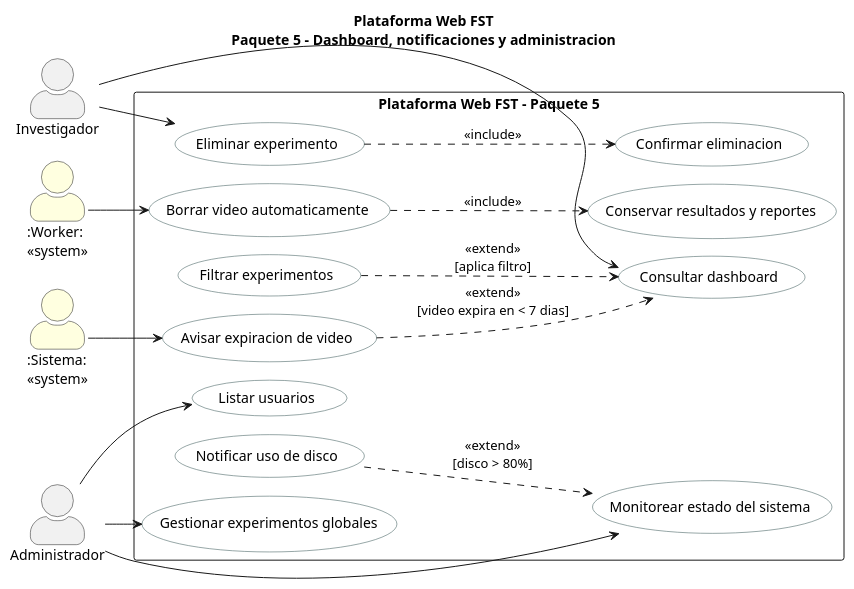
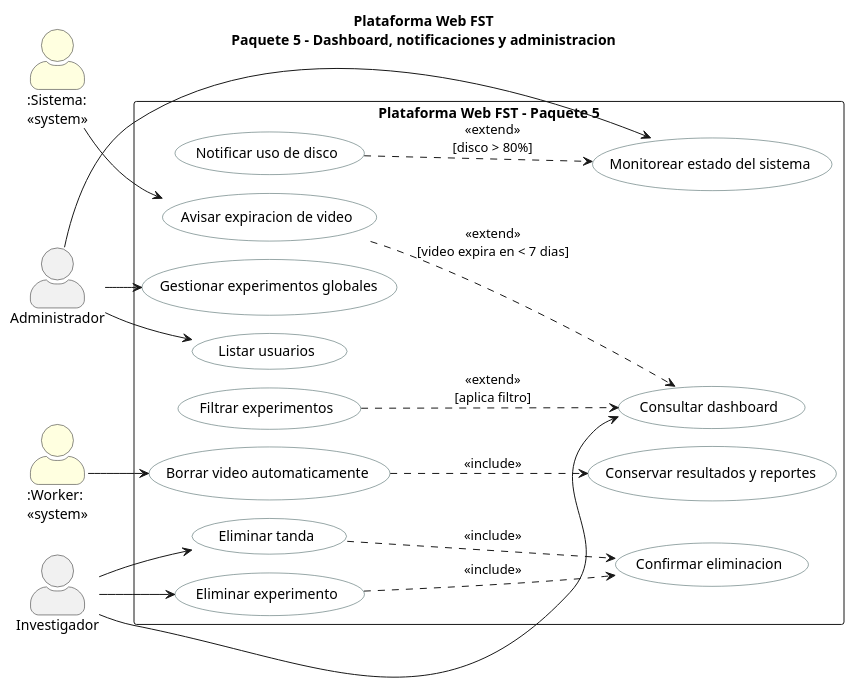
Diagram 21 of 40 in INSTRUCCIONES-WEB.md (ErickJester/fst-ai-system-latex), drawn with PlantUML before and after one commit. The commit also changed other lines of this file and 7 other files, not shown here.

First line of the commit message:
Registrar D-115 y aplicarla: eliminar una tanda completa sin borrar el experimento

````diff
--- a/INSTRUCCIONES-WEB.md
+++ b/INSTRUCCIONES-WEB.md
@@ -2291,42 +2307,45 @@
 ```plantuml
 @startuml cu_paquete5
 !pragma layout smetana
 title Plataforma Web FST\nPaquete 5 - Dashboard, notificaciones y administracion
 left to right direction
 skinparam packageStyle rectangle
 skinparam actorStyle awesome
 skinparam usecase {
   BackgroundColor White
   BorderColor DarkSlateGray
 }
 actor "Investigador" as INV
 actor "Administrador" as ADMIN
 actor ":Worker:\n<<system>>" as WRK #LightYellow
 actor ":Sistema:\n<<system>>" as SYS #LightYellow
 rectangle "Plataforma Web FST - Paquete 5" {
   usecase "Consultar dashboard" as UC51
   usecase "Filtrar experimentos" as UC51a
   usecase "Avisar expiracion de video" as UC52
   usecase "Eliminar experimento" as UC53
   usecase "Confirmar eliminacion" as UC53a
+  usecase "Eliminar tanda" as UC59
   usecase "Borrar video automaticamente" as UC54
   usecase "Conservar resultados y reportes" as UC55
   usecase "Listar usuarios" as UC56
   usecase "Monitorear estado del sistema" as UC57
   usecase "Notificar uso de disco" as UC57a
   usecase "Gestionar experimentos globales" as UC58
 }
 INV --> UC51
 INV --> UC53
+INV --> UC59
 ADMIN --> UC56
 ADMIN --> UC57
 ADMIN --> UC58
 WRK --> UC54
 SYS --> UC52
 UC52 ..> UC51 : <<extend>>\n[video expira en < 7 dias]
 UC51a ..> UC51 : <<extend>>\n[aplica filtro]
 UC57a ..> UC57 : <<extend>>\n[disco > 80%]
 UC53 ..> UC53a : <<include>>
+UC59 ..> UC53a : <<include>>
 UC54 ..> UC55 : <<include>>
 @enduml
 ```
````
